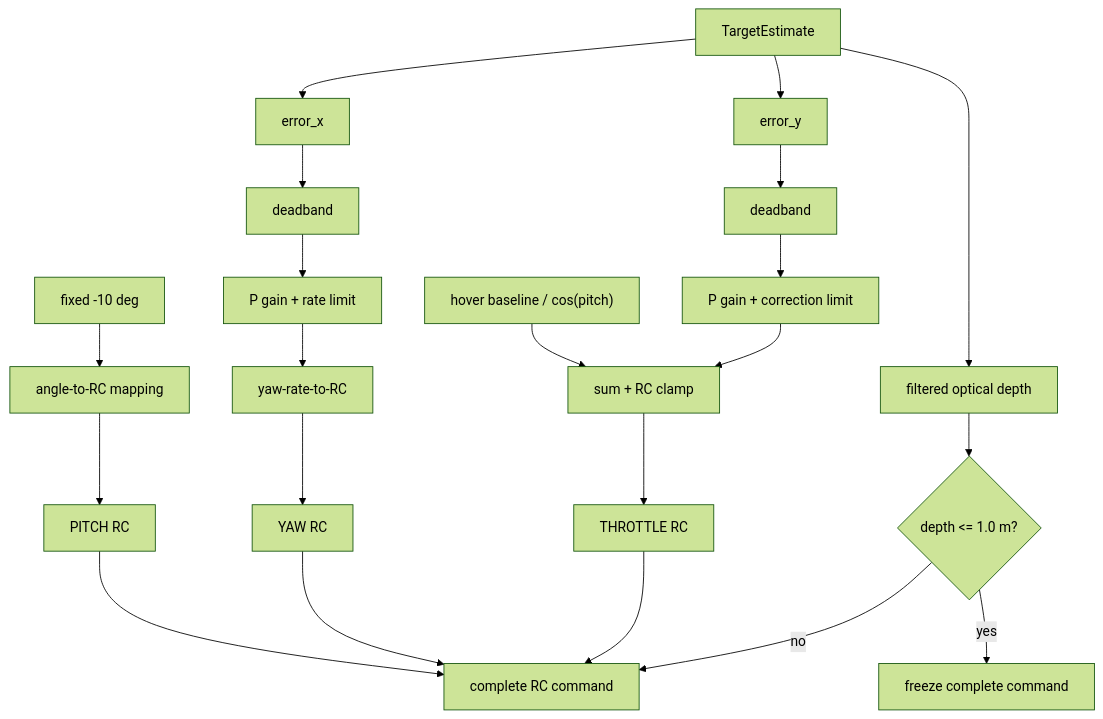
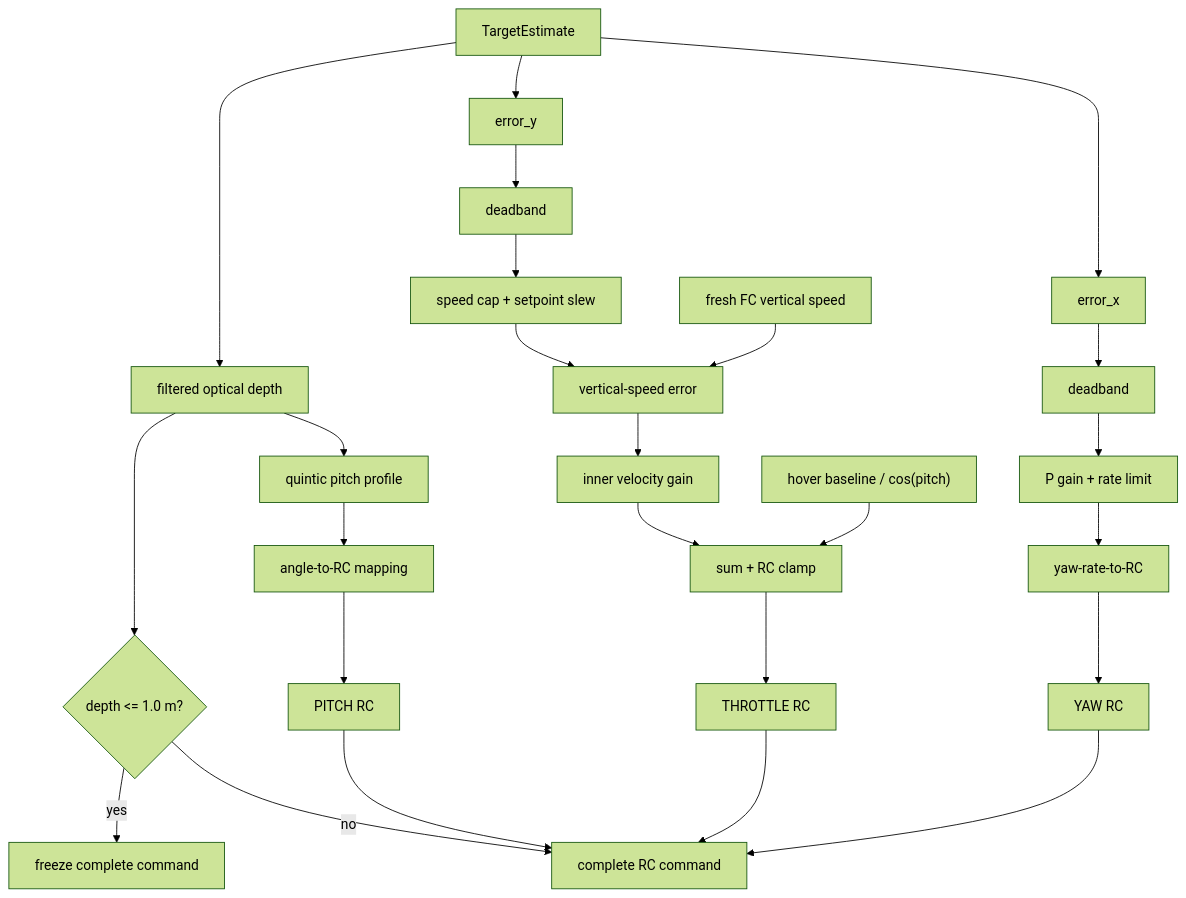
Before and after one commit to mayaboker/bt_ws: the third of 4 diagrams in bt_app/docs/design/tracker_controller.md, drawn with Mermaid (forest theme). The commit also changed other lines of this file and 21 other files, not shown here.

````diff
--- a/bt_app/docs/design/tracker_controller.md
+++ b/bt_app/docs/design/tracker_controller.md
@@ -195,27 +228,31 @@
 ```mermaid
 flowchart TB
     OBS["TargetEstimate"] --> EX["error_x"]
     OBS --> EY["error_y"]
     OBS --> DEPTH["filtered optical depth"]
 
-    FIXED["fixed -10 deg"] --> PMAP["angle-to-RC mapping"]
+    DEPTH --> PROFILE["quintic pitch profile"]
+    PROFILE --> PMAP["angle-to-RC mapping"]
     PMAP --> PITCH["PITCH RC"]
 
     EX --> YDB["deadband"]
     YDB --> YKP["P gain + rate limit"]
     YKP --> YMAP["yaw-rate-to-RC"]
     YMAP --> YAW["YAW RC"]
 
     EY --> TDB["deadband"]
-    TDB --> TKP["P gain + correction limit"]
+    TDB --> VTARGET["speed cap + setpoint slew"]
+    VZ["fresh FC vertical speed"] --> VERROR["vertical-speed error"]
+    VTARGET --> VERROR
+    VERROR --> TKP["inner velocity gain"]
     HOVER["hover baseline / cos(pitch)"] --> TSUM["sum + RC clamp"]
     TKP --> TSUM
     TSUM --> THROTTLE["THROTTLE RC"]
 
     DEPTH --> COMMIT{"depth <= 1.0 m?"}
     PITCH --> COMMAND["complete RC command"]
     YAW --> COMMAND
     THROTTLE --> COMMAND
     COMMIT -->|no| COMMAND
     COMMIT -->|yes| FREEZE["freeze complete command"]
 ```
````
